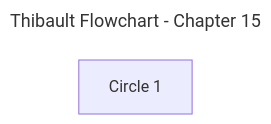
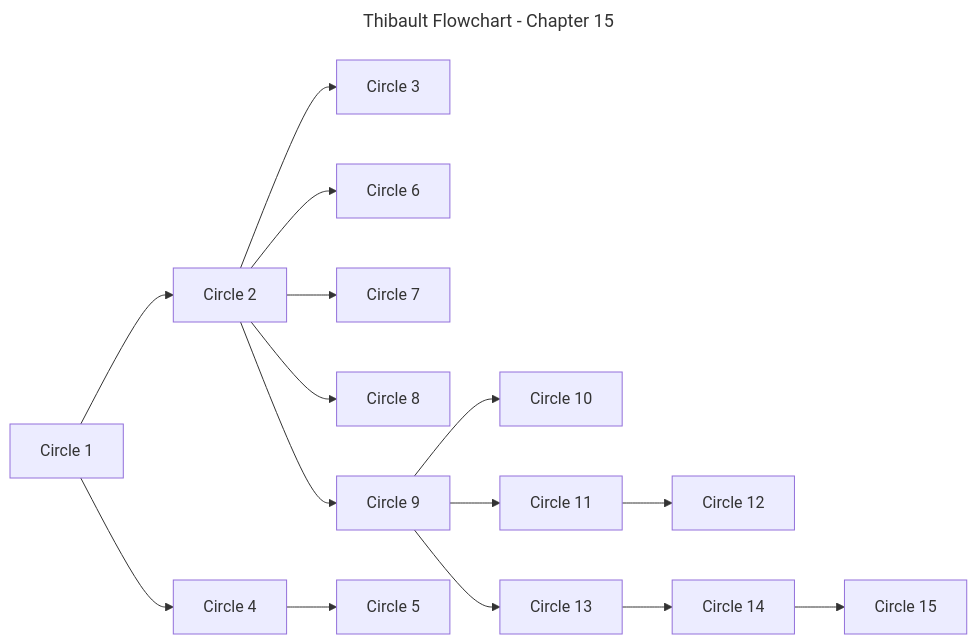
The diagram in flowchart-per-chapter/chapter-15.mmd (aquesnel/thibault-flowchart), drawn with Mermaid before and after one commit.

Commit message:
feat(ch15): initial flowchart of the circles

```diff
--- a/flowchart-per-chapter/chapter-15.mmd
+++ b/flowchart-per-chapter/chapter-15.mmd
@@ -1,10 +1,40 @@
 ---
 title: Thibault Flowchart - Chapter 15
 config:
   layout: dagre
   flowchart:
     htmlLabels: false
 ---
 flowchart LR
 	%% Nodes
 	B1_T15_C01["Circle 1"]
+	B1_T15_C02["Circle 2"]
+	B1_T15_C03["Circle 3"]
+	B1_T15_C04["Circle 4"]
+	B1_T15_C05["Circle 5"]
+	B1_T15_C06["Circle 6"]
+	B1_T15_C07["Circle 7"]
+	B1_T15_C08["Circle 8"]
+	B1_T15_C09["Circle 9"]
+	B1_T15_C10["Circle 10"]
+	B1_T15_C11["Circle 11"]
+	B1_T15_C12["Circle 12"]
+	B1_T15_C13["Circle 13"]
+	B1_T15_C14["Circle 14"]
+	B1_T15_C15["Circle 15"]
+
+    %% Edges
+	B1_T15_C01 --> B1_T15_C02
+	B1_T15_C02 --> B1_T15_C03
+	B1_T15_C01 --> B1_T15_C04
+	B1_T15_C04 --> B1_T15_C05
+	B1_T15_C02 --> B1_T15_C06
+	B1_T15_C02 --> B1_T15_C07
+	B1_T15_C02 --> B1_T15_C08
+	B1_T15_C02 --> B1_T15_C09
+	B1_T15_C09 --> B1_T15_C10
+	B1_T15_C09 --> B1_T15_C11
+	B1_T15_C11 --> B1_T15_C12
+	B1_T15_C09 --> B1_T15_C13
+	B1_T15_C13 --> B1_T15_C14
+	B1_T15_C14 --> B1_T15_C15
```
